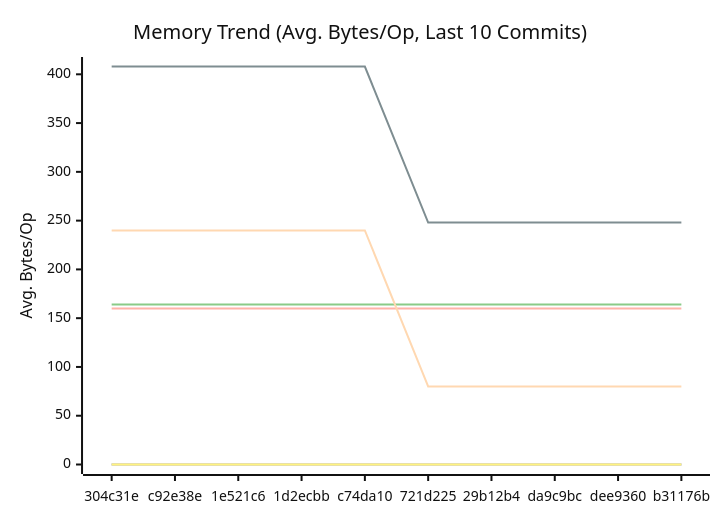
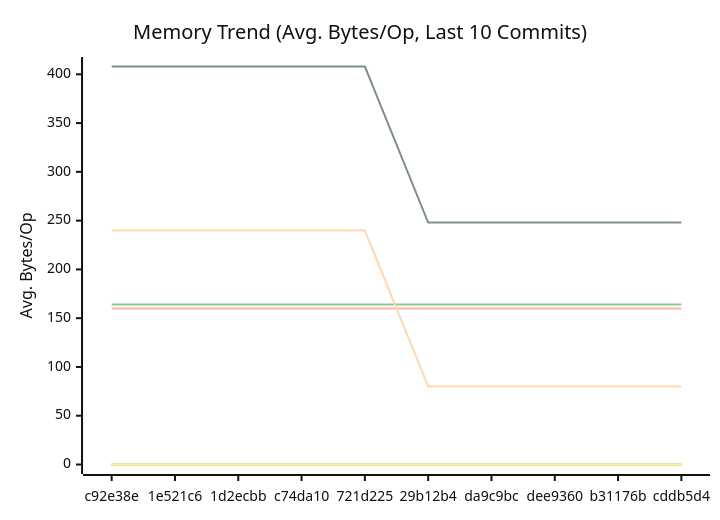
The second of 3 diagrams in docs/PERFORMANCE.md (alsotoes/momo), drawn with Mermaid (neutral theme) before and after one commit. The commit also changed other lines of this file and 2 other files, not shown here.

````diff
--- a/docs/PERFORMANCE.md
+++ b/docs/PERFORMANCE.md
@@ -97,16 +97,16 @@
 ```mermaid
 xychart-beta
     title "Memory Trend (Avg. Bytes/Op, Last 10 Commits)"
     x-axis "Commit"
     y-axis "Avg. Bytes/Op"
-    x-axis [304c31e,c92e38e,1e521c6,1d2ecbb,c74da10,721d225,29b12b4,da9c9bc,dee9360,b31176b]
+    x-axis [c92e38e,1e521c6,1d2ecbb,c74da10,721d225,29b12b4,da9c9bc,dee9360,b31176b,cddb5d4]
     line "CheckMetricsAndSwap" [0,0,0,0,0,0,0,0,0,0]
     line "CrushOptimized" [0,0,0,0,0,0,0,0,0,0]
     line "CrushOriginal" [164,164,164,164,164,164,164,164,164,164]
     line "IndexDirectTracking" [0,0,0,0,0,0,0,0,0,0]
     line "IndexSearch" [0,0,0,0,0,0,0,0,0,0]
     line "LoadGlobalConfig" [160,160,160,160,160,160,160,160,160,160]
     line "PadString" [0,0,0,0,0,0,0,0,0,0]
     line "ParseReplicationOrder_NoPrealloc" [408,408,408,408,408,248,248,248,248,248]
     line "ParseReplicationOrder_Prealloc" [240,240,240,240,240,80,80,80,80,80]
 ```
````
